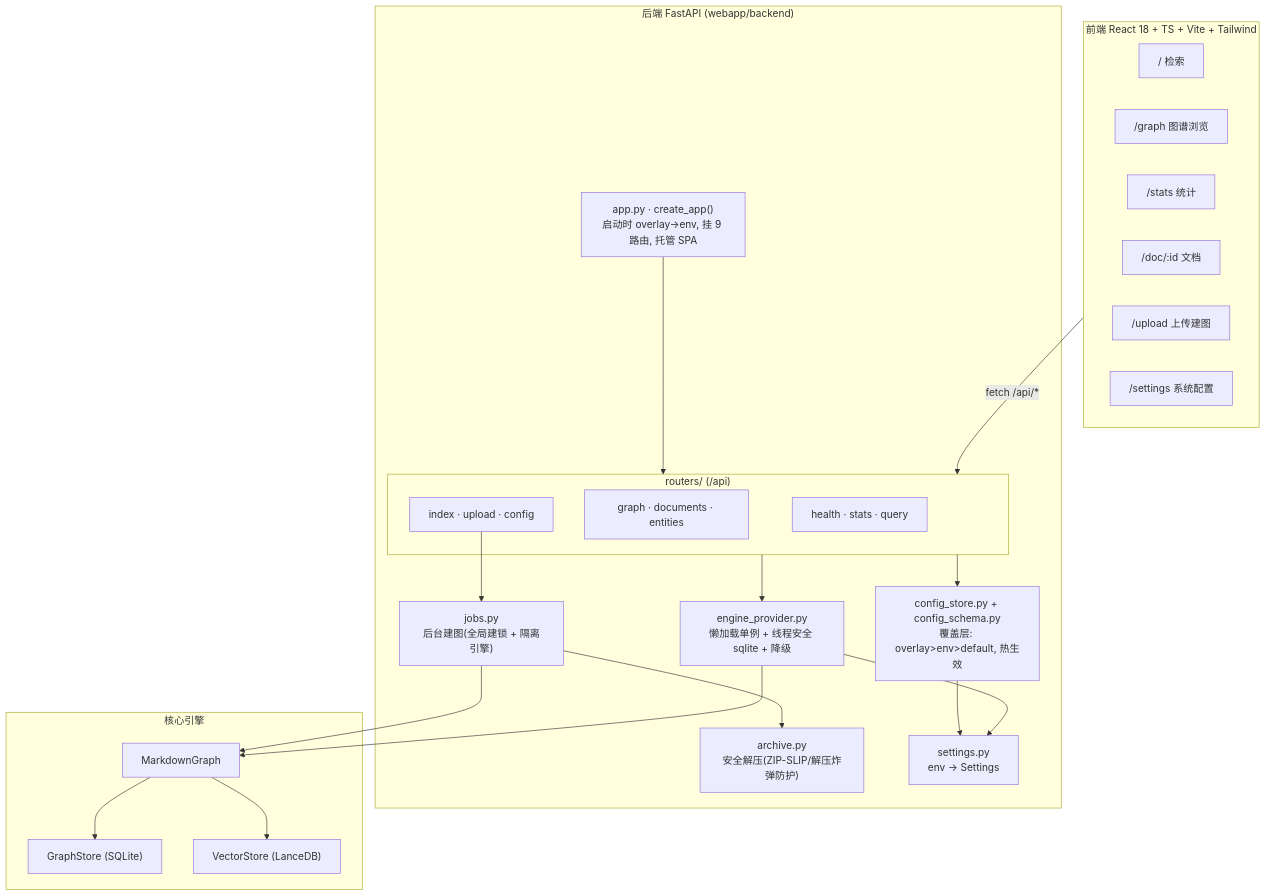
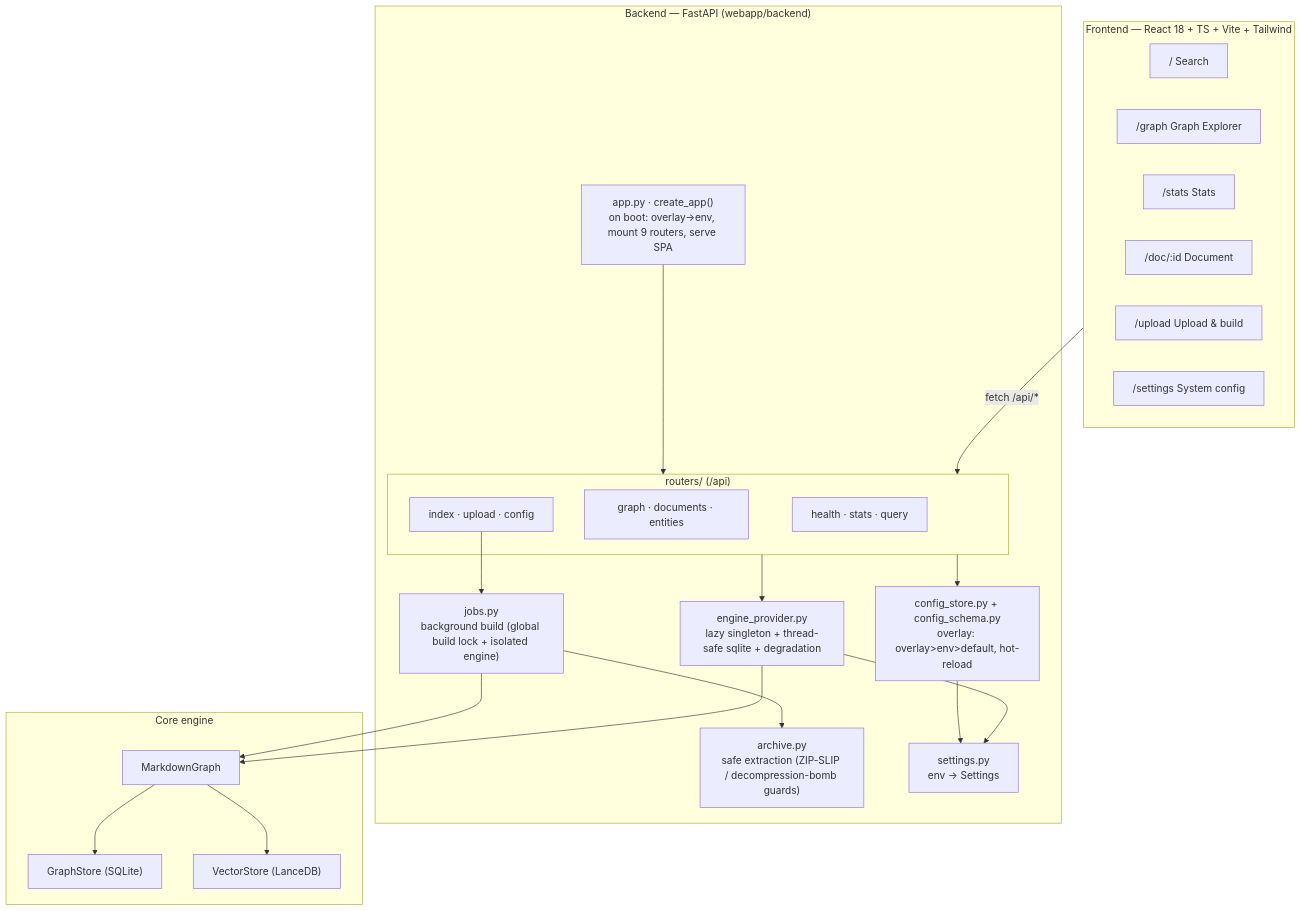
Before and after one commit to Jouryjc/markdown-graph: the fifth of 6 diagrams in README.md, drawn with Mermaid. The commit also changed other lines of this file and 2 other files, not shown here.

````diff
--- a/README.md
+++ b/README.md
@@ -266,44 +296,44 @@
 ```mermaid
 flowchart TB
-    subgraph FE["前端 React 18 + TS + Vite + Tailwind"]
+    subgraph FE["Frontend — React 18 + TS + Vite + Tailwind"]
         direction LR
-        P1["/ 检索"]
-        P2["/graph 图谱浏览"]
-        P3["/stats 统计"]
-        P4["/doc/:id 文档"]
-        P5["/upload 上传建图"]
-        P6["/settings 系统配置"]
+        P1["/ Search"]
+        P2["/graph Graph Explorer"]
+        P3["/stats Stats"]
+        P4["/doc/:id Document"]
+        P5["/upload Upload & build"]
+        P6["/settings System config"]
     end
 
-    subgraph BE["后端 FastAPI (webapp/backend)"]
-        APP["app.py · create_app()<br/>启动时 overlay→env, 挂 9 路由, 托管 SPA"]
+    subgraph BE["Backend — FastAPI (webapp/backend)"]
+        APP["app.py · create_app()<br/>on boot: overlay→env, mount 9 routers, serve SPA"]
         subgraph ROUTERS["routers/ (/api)"]
             R1["health · stats · query"]
             R2["graph · documents · entities"]
             R3["index · upload · config"]
         end
-        EP["engine_provider.py<br/>懒加载单例 + 线程安全 sqlite + 降级"]
-        JOBS["jobs.py<br/>后台建图(全局建锁 + 隔离引擎)"]
-        ARC["archive.py<br/>安全解压(ZIP-SLIP/解压炸弹防护)"]
-        CFG["config_store.py + config_schema.py<br/>覆盖层: overlay>env>default, 热生效"]
+        EP["engine_provider.py<br/>lazy singleton + thread-safe sqlite + degradation"]
+        JOBS["jobs.py<br/>background build (global build lock + isolated engine)"]
+        ARC["archive.py<br/>safe extraction (ZIP-SLIP / decompression-bomb guards)"]
+        CFG["config_store.py + config_schema.py<br/>overlay: overlay>env>default, hot-reload"]
         SET["settings.py<br/>env → Settings"]
     end
 
-    subgraph CORE["核心引擎"]
+    subgraph CORE["Core engine"]
         MG["MarkdownGraph"]
         GS["GraphStore (SQLite)"]
         VS["VectorStore (LanceDB)"]
     end
 
     FE -->|"fetch /api/*"| ROUTERS
     APP --> ROUTERS
     ROUTERS --> EP
     R3 --> JOBS
     JOBS --> ARC
     ROUTERS --> CFG
     EP --> SET
     CFG --> SET
     EP --> MG
     JOBS --> MG
     MG --> GS & VS
 ```
````
